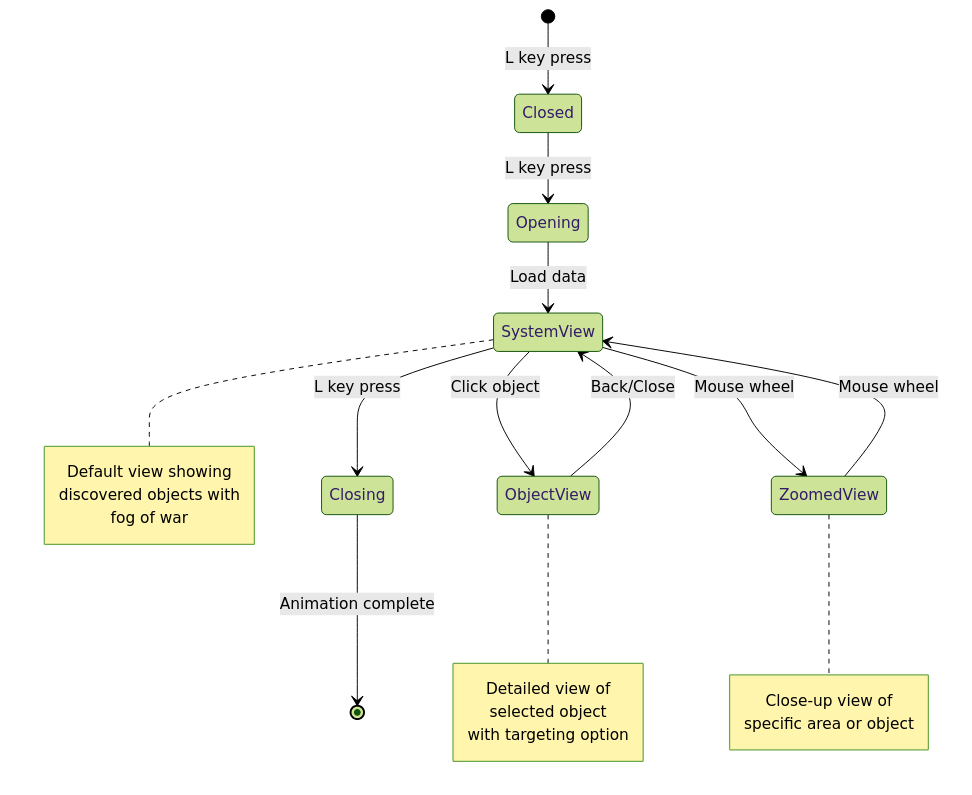
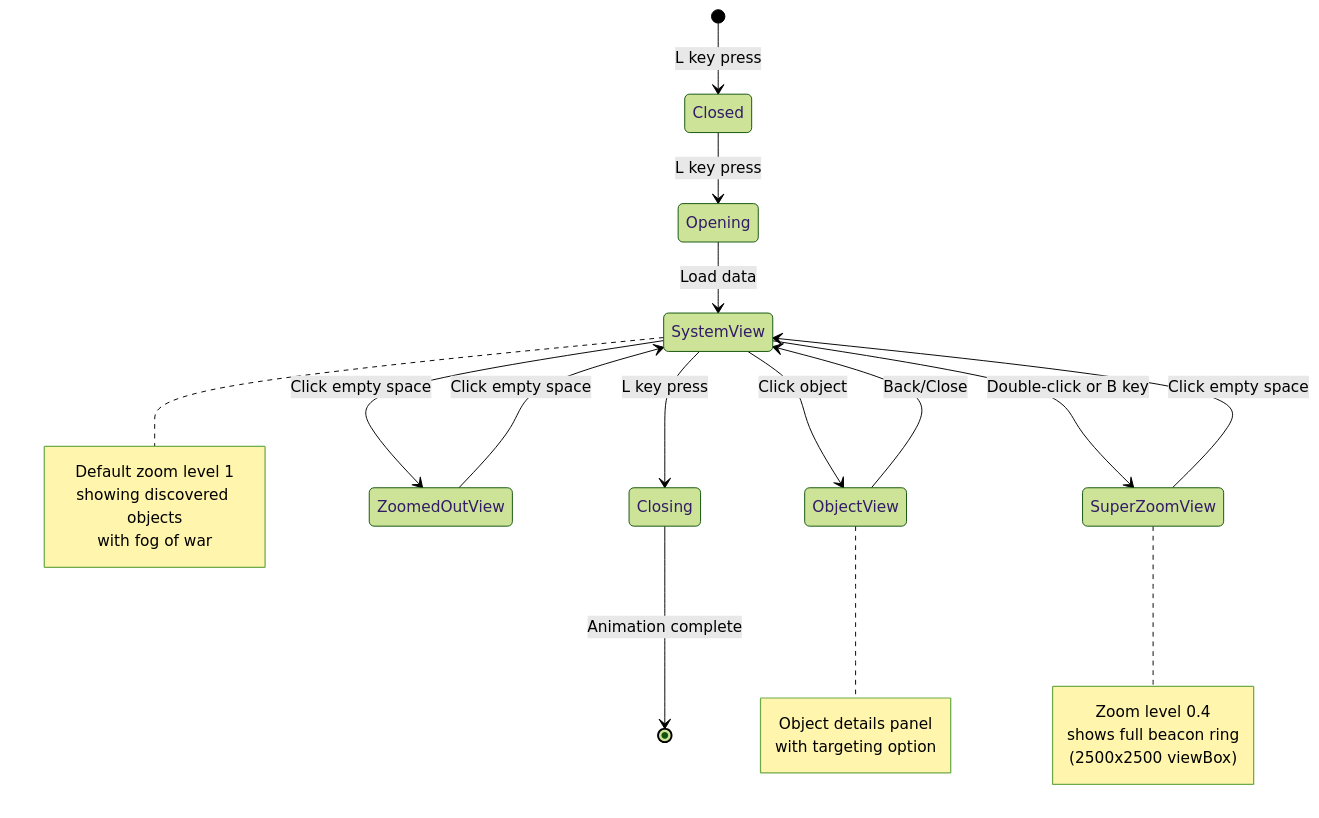
One commit to thoracle/planetz changed the sixth of 7 diagrams in docs/star_charts_system_spec.md. Above: the diagram before and after it, drawn with Mermaid (forest theme). The commit also changed other lines of this file, not shown here.

First line of the commit message:
Update Star Charts controls specification to match current LRS

````diff
--- a/docs/star_charts_system_spec.md
+++ b/docs/star_charts_system_spec.md
@@ -514,29 +529,31 @@
 ```mermaid
 stateDiagram-v2
     [*] --> Closed: L key press
     Closed --> Opening: L key press
     Opening --> SystemView: Load data
     SystemView --> ObjectView: Click object
-    SystemView --> ZoomedView: Mouse wheel
-    ZoomedView --> SystemView: Mouse wheel
+    SystemView --> ZoomedOutView: Click empty space
+    SystemView --> SuperZoomView: Double-click or B key
+    ZoomedOutView --> SystemView: Click empty space
+    SuperZoomView --> SystemView: Click empty space
     ObjectView --> SystemView: Back/Close
     SystemView --> Closing: L key press
     Closing --> [*]: Animation complete
 
     note right of SystemView
-        Default view showing
-        discovered objects with
-        fog of war
+        Default zoom level 1
+        showing discovered objects
+        with fog of war
     end note
 
     note right of ObjectView
-        Detailed view of
-        selected object
+        Object details panel
         with targeting option
     end note
 
-    note right of ZoomedView
-        Close-up view of
-        specific area or object
+    note right of SuperZoomView
+        Zoom level 0.4
+        shows full beacon ring
+        (2500x2500 viewBox)
     end note
 ```
````
